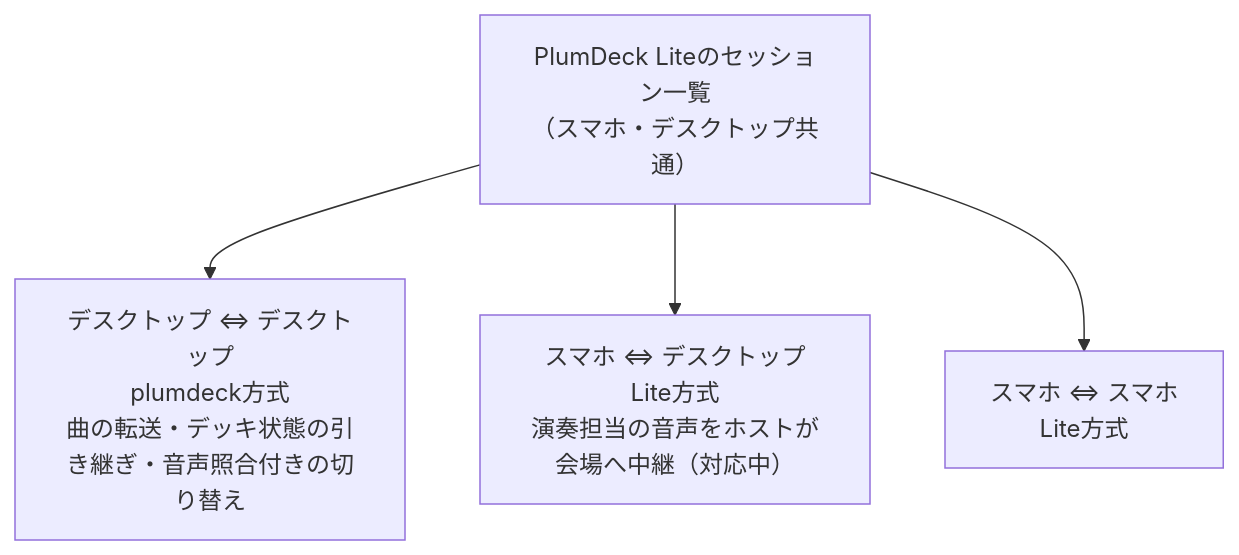
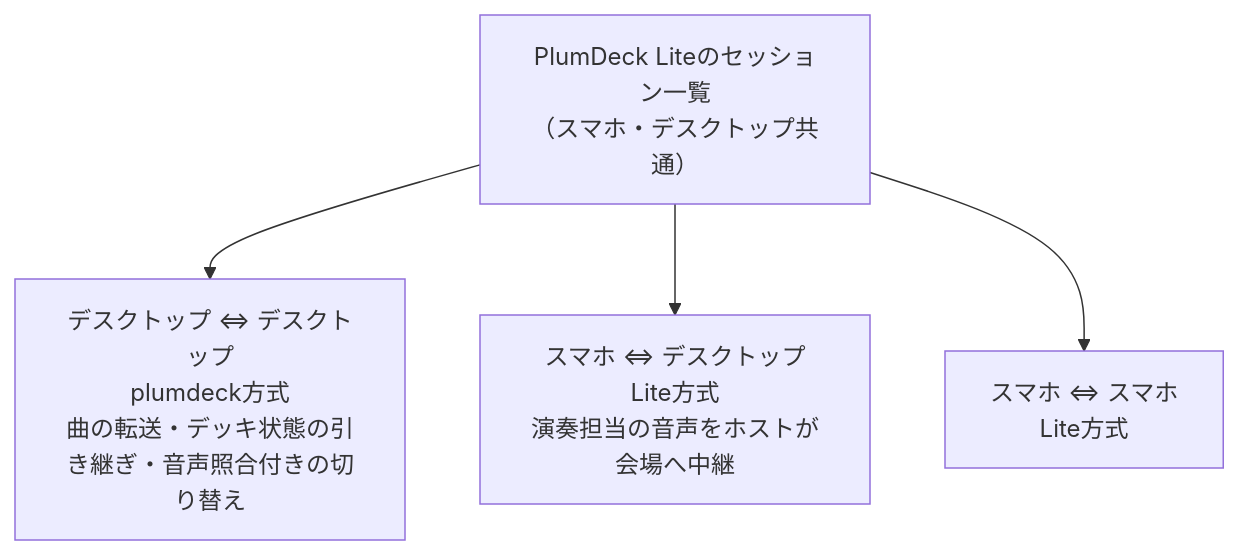
The second of 3 diagrams in README.md (Yutahhhhh/plumdeck), drawn with Mermaid before and after one commit. The commit also changed other lines of this file and 13 other files, not shown here.

````diff
--- a/README.md
+++ b/README.md
@@ -188,7 +188,7 @@
 ```mermaid
 flowchart TB
   List["PlumDeck Liteのセッション一覧<br/>（スマホ・デスクトップ共通）"]
   List --> DD["デスクトップ ⇔ デスクトップ<br/>plumdeck方式<br/>曲の転送・デッキ状態の引き継ぎ・音声照合付きの切り替え"]
-  List --> LD["スマホ ⇔ デスクトップ<br/>Lite方式<br/>演奏担当の音声をホストが会場へ中継（対応中）"]
+  List --> LD["スマホ ⇔ デスクトップ<br/>Lite方式<br/>演奏担当の音声をホストが会場へ中継"]
   List --> LL["スマホ ⇔ スマホ<br/>Lite方式"]
 ```
````
